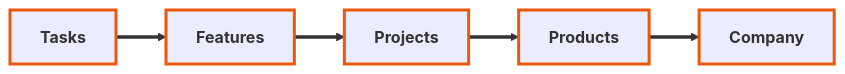
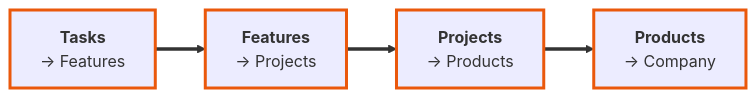
The third of 3 diagrams in README.md (withcaldera/engineering-framework), drawn with Mermaid before and after one commit. The commit also changed other lines of this file and 6 other files, not shown here.

````diff
--- a/README.md
+++ b/README.md
@@ -82,15 +84,13 @@
 ```mermaid
 flowchart LR
-    I1[<b>Tasks</b>]
-    I2[<b>Features</b>]
-    I3[<b>Projects</b>]
-    I4[<b>Products</b>]
-    I5[<b>Company</b>]
-    I1 ==> I2 ==> I3 ==> I4 ==> I5
+    I1[<b>Tasks</b><br/>→ Features]
+    I2[<b>Features</b><br/>→ Projects]
+    I3[<b>Projects</b><br/>→ Products]
+    I4[<b>Products</b><br/>→ Company]
+    I1 ==> I2 ==> I3 ==> I4
 
     style I1 stroke:#ea580c,stroke-width:3px
     style I2 stroke:#ea580c,stroke-width:3px
     style I3 stroke:#ea580c,stroke-width:3px
     style I4 stroke:#ea580c,stroke-width:3px
-    style I5 stroke:#ea580c,stroke-width:3px
 ```
````
